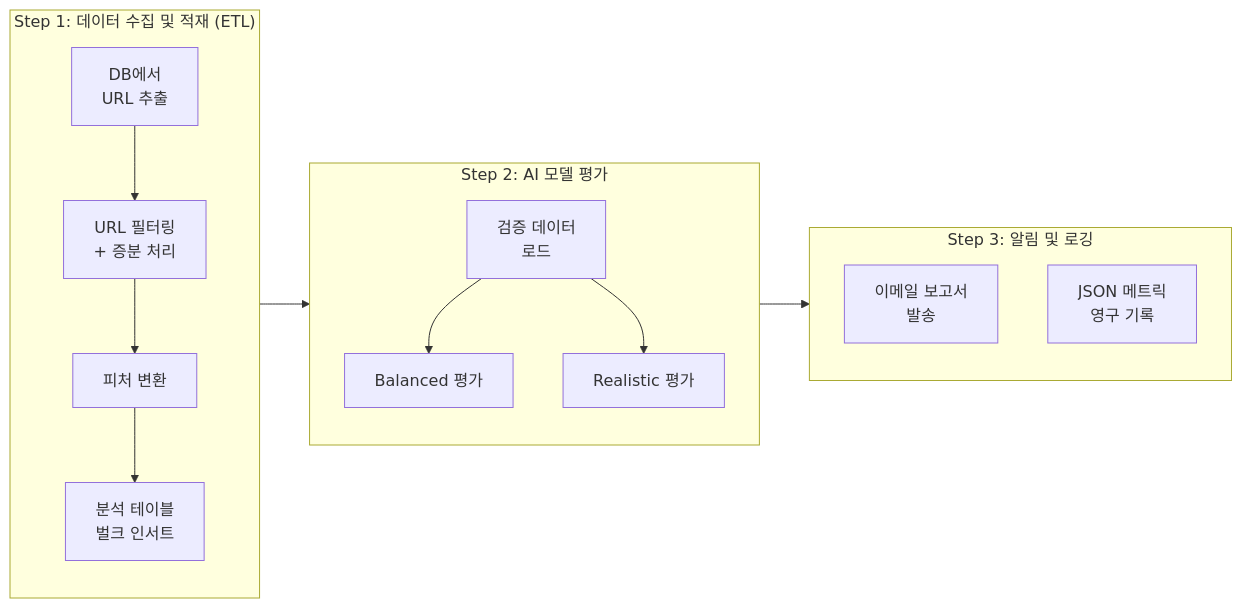
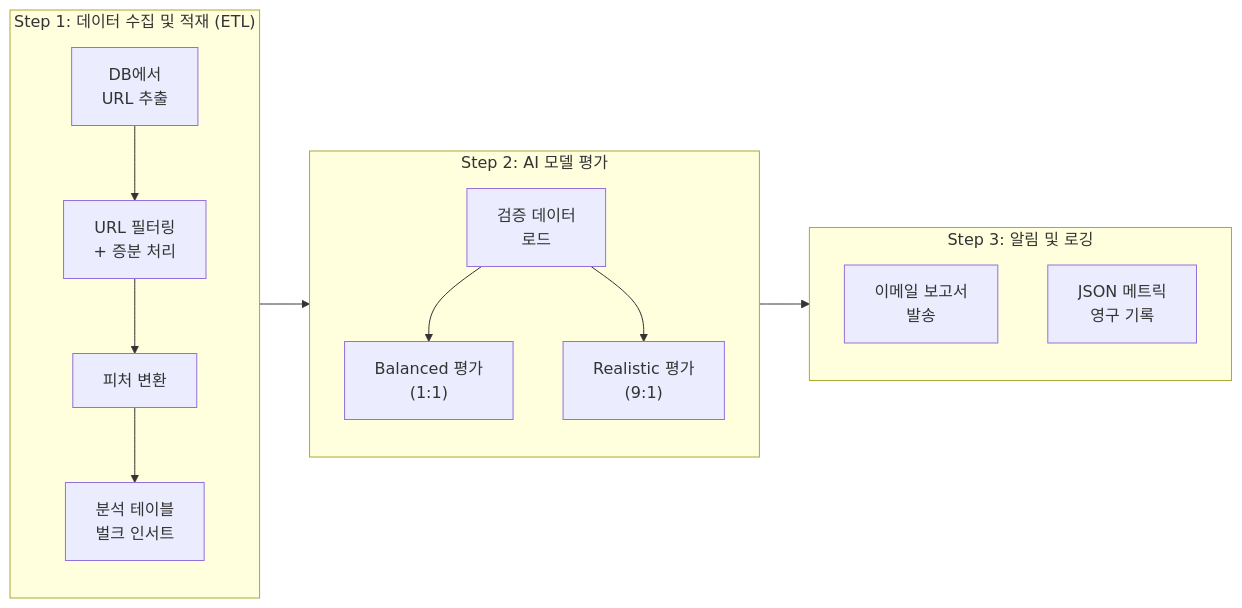
The fifth of 7 diagrams in README.md (SJayKim/SJayKim), drawn with Mermaid before and after one commit. The commit also changed other lines of this file, not shown here.

````diff
--- a/README.md
+++ b/README.md
@@ -310,27 +330,27 @@
 ```mermaid
 flowchart LR
     subgraph Step1["Step 1: 데이터 수집 및 적재 (ETL)"]
         Extract["DB에서<br/>URL 추출"]
         Filter["URL 필터링<br/>+ 증분 처리"]
         API["피처 변환"]
         Bulk["분석 테이블<br/>벌크 인서트"]
 
         Extract --> Filter --> API --> Bulk
     end
 
     subgraph Step2["Step 2: AI 모델 평가"]
         Load["검증 데이터<br/>로드"]
-        Balanced["Balanced 평가"]
-        Realistic["Realistic 평가"]
+        Balanced["Balanced 평가<br/>(1:1)"]
+        Realistic["Realistic 평가<br/>(9:1)"]
 
         Load --> Balanced
         Load --> Realistic
     end
 
     subgraph Step3["Step 3: 알림 및 로깅"]
         Email["이메일 보고서<br/>발송"]
         Metrics["JSON 메트릭<br/>영구 기록"]
     end
 
     Step1 --> Step2 --> Step3
 ```
````
